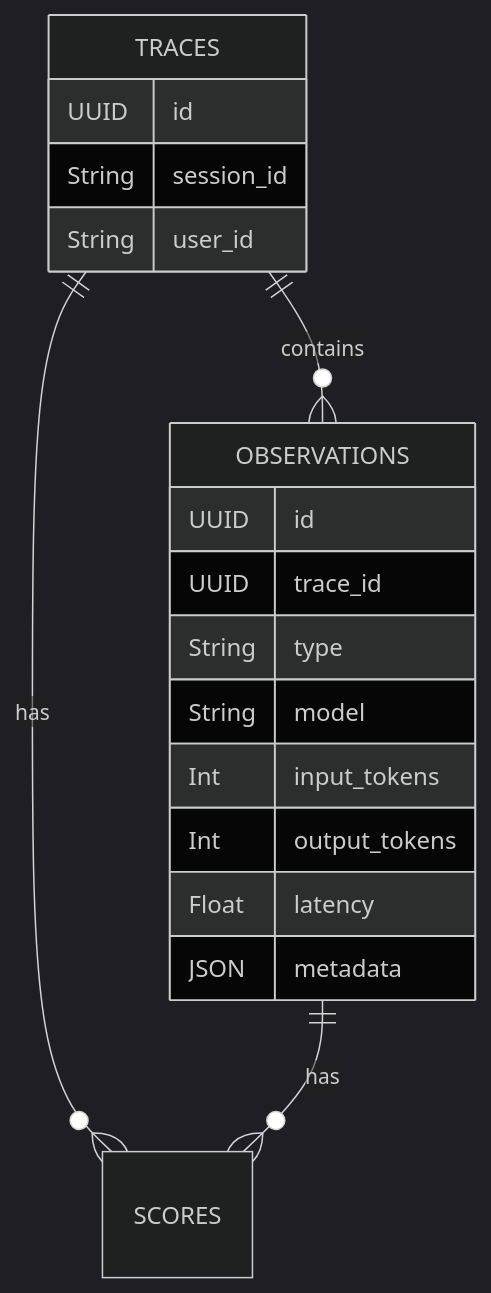
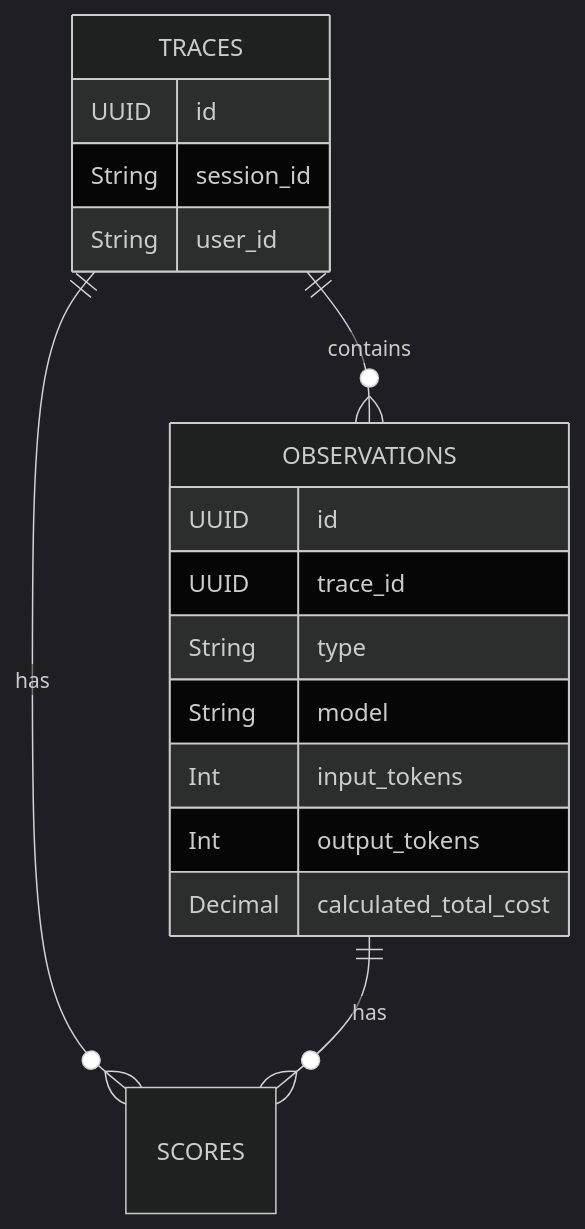
One commit to dhs-shine/langfuse changed the second of 3 diagrams in docs/20-core-domain/04-data-model-and-storage.md. Above: the diagram before and after it, drawn with Mermaid (dark theme). The commit also changed other lines of this file and 9 other files, not shown here.

Commit message:
docs: expand system architecture documentation and add guides for batch actions, operations, and MCP agent integration

````diff
--- a/docs/20-core-domain/04-data-model-and-storage.md
+++ b/docs/20-core-domain/04-data-model-and-storage.md
@@ -50,21 +50,20 @@
 ```mermaid
 erDiagram
     TRACES ||--o{ OBSERVATIONS : contains
     TRACES ||--o{ SCORES : has
     OBSERVATIONS ||--o{ SCORES : has
     OBSERVATIONS {
         UUID id
         UUID trace_id
         String type
         String model
         Int input_tokens
         Int output_tokens
-        Float latency
-        JSON metadata
+        Decimal calculated_total_cost
     }
     TRACES {
         UUID id
         String session_id
         String user_id
     }
 ```
````
